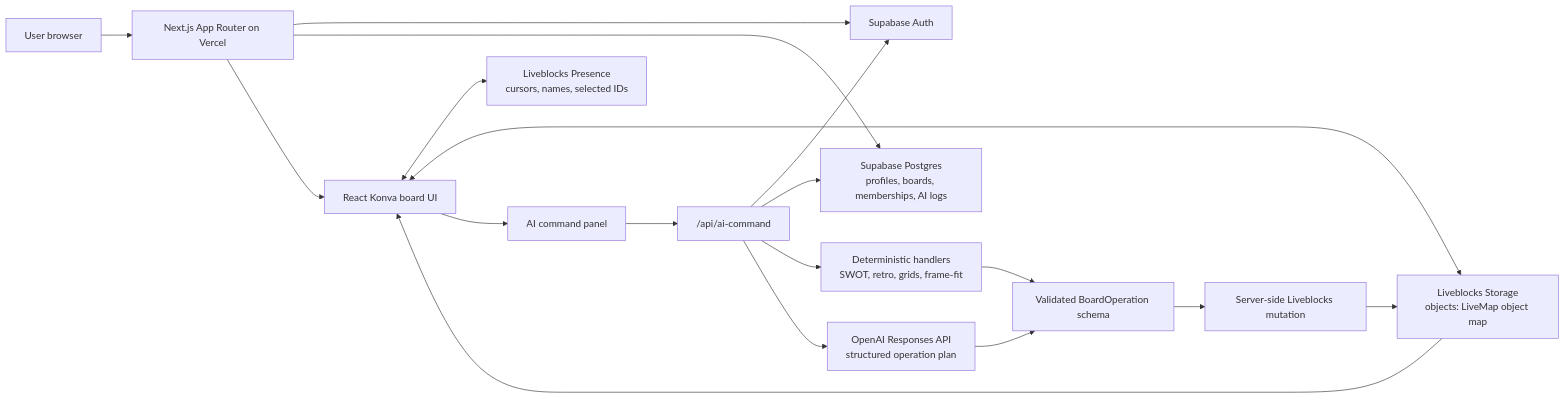
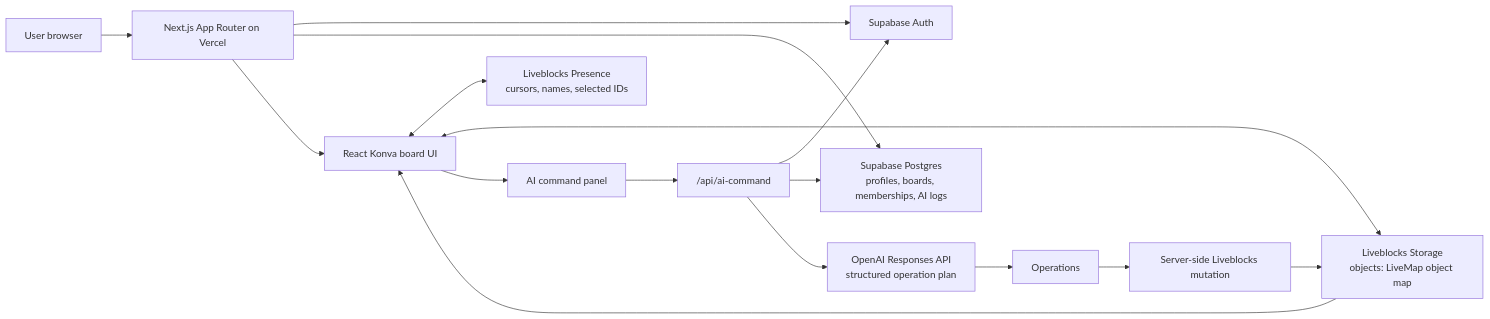
Before and after one commit to jakekinchen/flex-canvas: the diagram in docs/SUBMISSION_CLOSEOUT_TASKS.md, drawn with Mermaid. The commit also changed other lines of this file and 29 other files, not shown here.

````diff
--- a/docs/SUBMISSION_CLOSEOUT_TASKS.md
+++ b/docs/SUBMISSION_CLOSEOUT_TASKS.md
@@ -53,22 +53,20 @@
 ```mermaid
 flowchart LR
   User["User browser"] --> App["Next.js App Router on Vercel"]
   App --> SupabaseAuth["Supabase Auth"]
   App --> SupabaseDb["Supabase Postgres<br/>profiles, boards, memberships, AI logs"]
 
   App --> Board["React Konva board UI"]
   Board <--> Presence["Liveblocks Presence<br/>cursors, names, selected IDs"]
   Board <--> Storage["Liveblocks Storage<br/>objects: LiveMap object map"]
 
   Board --> AiPanel["AI command panel"]
   AiPanel --> AiRoute["/api/ai-command"]
   AiRoute --> SupabaseAuth
   AiRoute --> SupabaseDb
-  AiRoute --> Deterministic["Deterministic handlers<br/>SWOT, retro, grids, frame-fit"]
   AiRoute --> OpenAI["OpenAI Responses API<br/>structured operation plan"]
-  Deterministic --> Operations["Validated BoardOperation schema"]
   OpenAI --> Operations
   Operations --> ServerMutation["Server-side Liveblocks mutation"]
   ServerMutation --> Storage
   Storage --> Board
 ```
````
